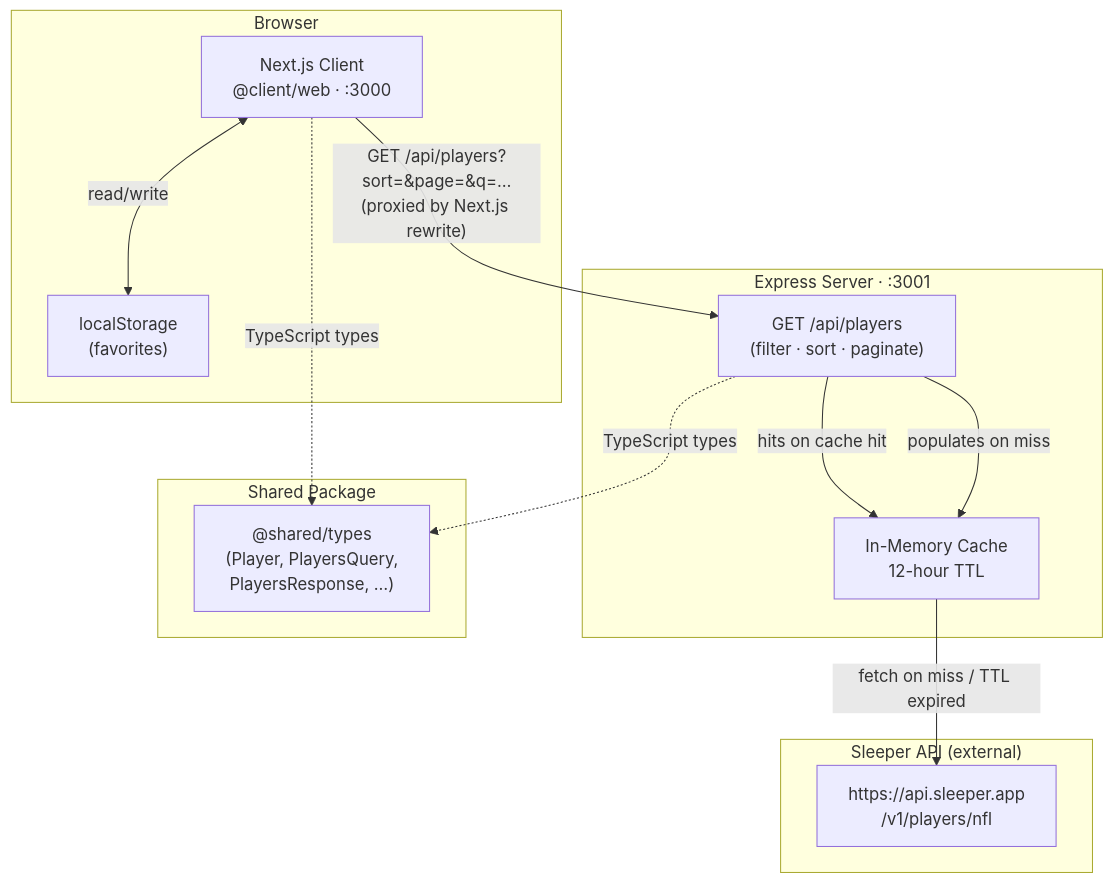
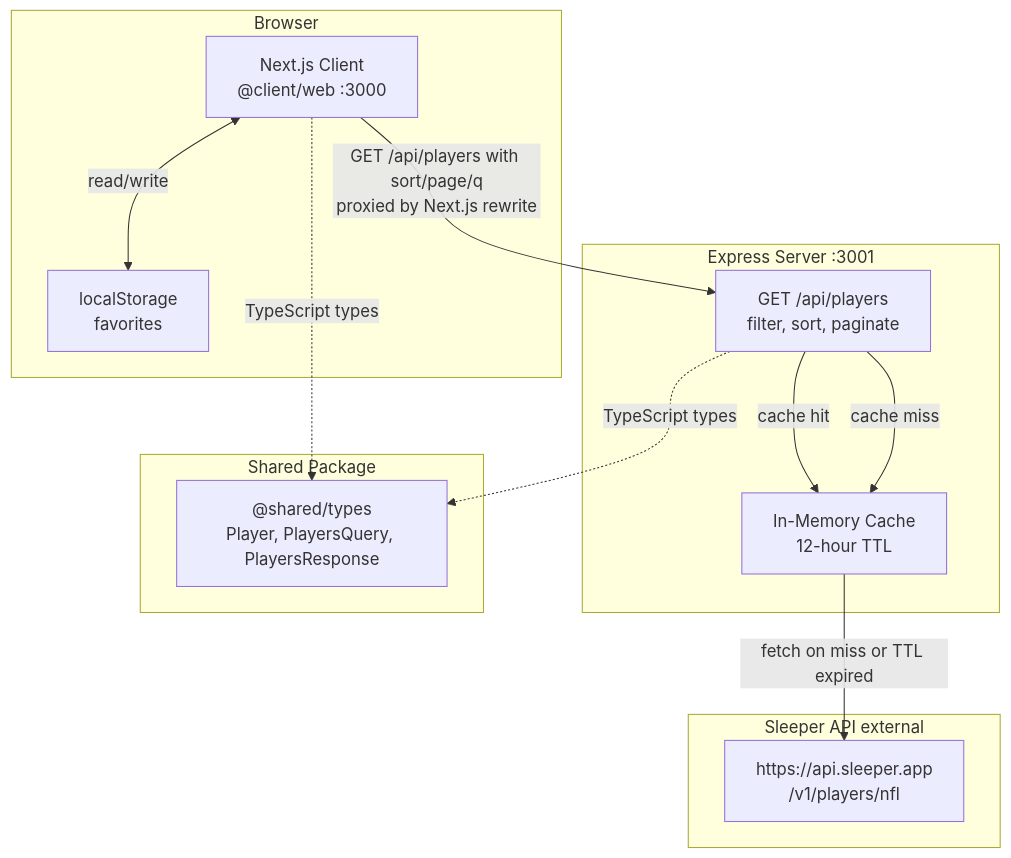
Before and after one commit to kevingrammer/bh__mono-repo-starter: the diagram in docs/architecture.md, drawn with Mermaid.

Commit message:
fix: mermaid diagram

````diff
--- a/docs/architecture.md
+++ b/docs/architecture.md
@@ -5,28 +5,28 @@
 ```mermaid
 graph TD
-    subgraph Browser
-        UI["Next.js Client\n@client/web · :3000"]
-        LS["localStorage\n(favorites)"]
+    subgraph browser["Browser"]
+        UI["Next.js Client<br/>@client/web :3000"]
+        LS["localStorage<br/>favorites"]
         UI <-->|read/write| LS
     end
 
-    subgraph "Express Server · :3001"
-        API["GET /api/players\n(filter · sort · paginate)"]
-        Cache["In-Memory Cache\n12-hour TTL"]
-        API -->|hits on cache hit| Cache
-        API -->|populates on miss| Cache
+    subgraph server["Express Server :3001"]
+        API["GET /api/players<br/>filter, sort, paginate"]
+        Cache["In-Memory Cache<br/>12-hour TTL"]
+        API -->|cache hit| Cache
+        API -->|cache miss| Cache
     end
 
-    subgraph "Sleeper API (external)"
-        Sleeper["https://api.sleeper.app\n/v1/players/nfl"]
+    subgraph sleeper_api["Sleeper API external"]
+        Sleeper["https://api.sleeper.app<br/>/v1/players/nfl"]
     end
 
-    subgraph "Shared Package"
-        Types["@shared/types\n(Player, PlayersQuery,\nPlayersResponse, …)"]
+    subgraph shared["Shared Package"]
+        Types["@shared/types<br/>Player, PlayersQuery, PlayersResponse"]
     end
 
-    UI -->|"GET /api/players?sort=&page=&q=…\n(proxied by Next.js rewrite)"| API
-    Cache -->|fetch on miss / TTL expired| Sleeper
+    UI -->|"GET /api/players with sort/page/q<br/>proxied by Next.js rewrite"| API
+    Cache -->|fetch on miss or TTL expired| Sleeper
     UI -.->|TypeScript types| Types
     API -.->|TypeScript types| Types
 ```
````
